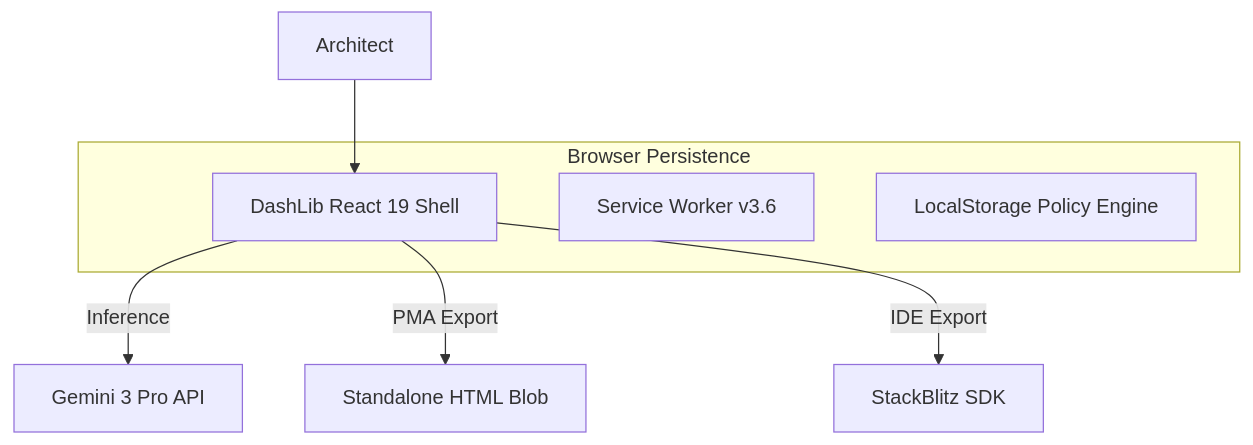
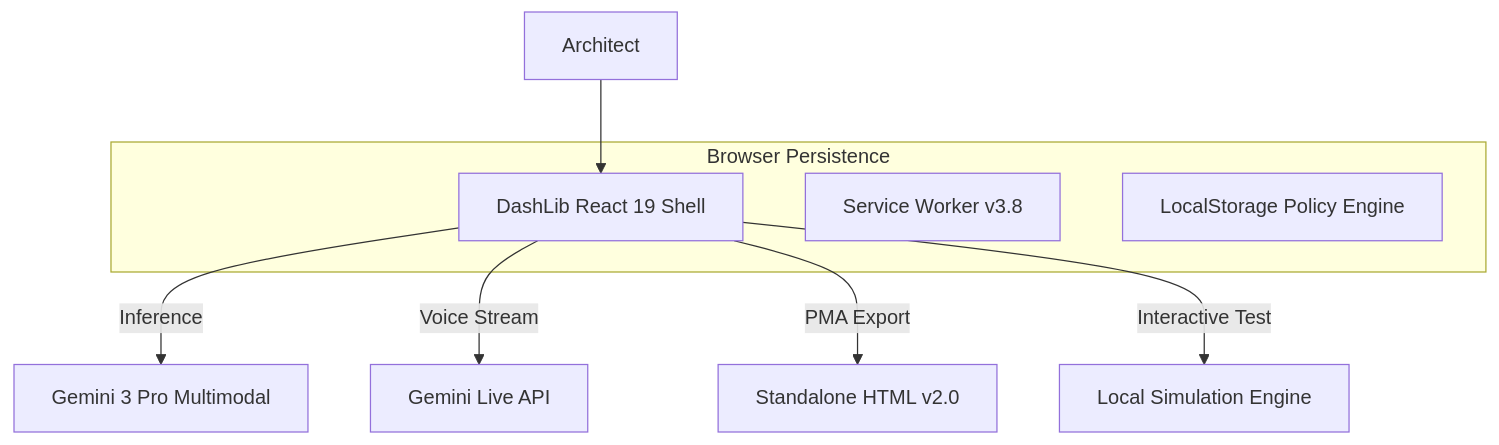
One commit to Krosebrook/DashLib-AI changed the diagram in ARCHITECTURE.md. Above: the diagram before and after it, drawn with Mermaid. The commit also changed other lines of this file and 18 other files, not shown here.

````diff
--- a/ARCHITECTURE.md
+++ b/ARCHITECTURE.md
@@ -10,13 +10,14 @@
 ```mermaid
 graph TD
     User[Architect] --> UI[DashLib React 19 Shell]
-    UI -->|Inference| Gemini[Gemini 3 Pro API]
-    UI -->|PMA Export| PMA[Standalone HTML Blob]
-    UI -->|IDE Export| StackBlitz[StackBlitz SDK]
+    UI -->|Inference| Gemini[Gemini 3 Pro Multimodal]
+    UI -->|Voice Stream| LiveAPI[Gemini Live API]
+    UI -->|PMA Export| PMA[Standalone HTML v2.0]
+    UI -->|Interactive Test| Sandbox[Local Simulation Engine]
     
     subgraph "Browser Persistence"
       UI
-      SW[Service Worker v3.6]
+      SW[Service Worker v3.8]
       Storage[LocalStorage Policy Engine]
     end
 ```
````
